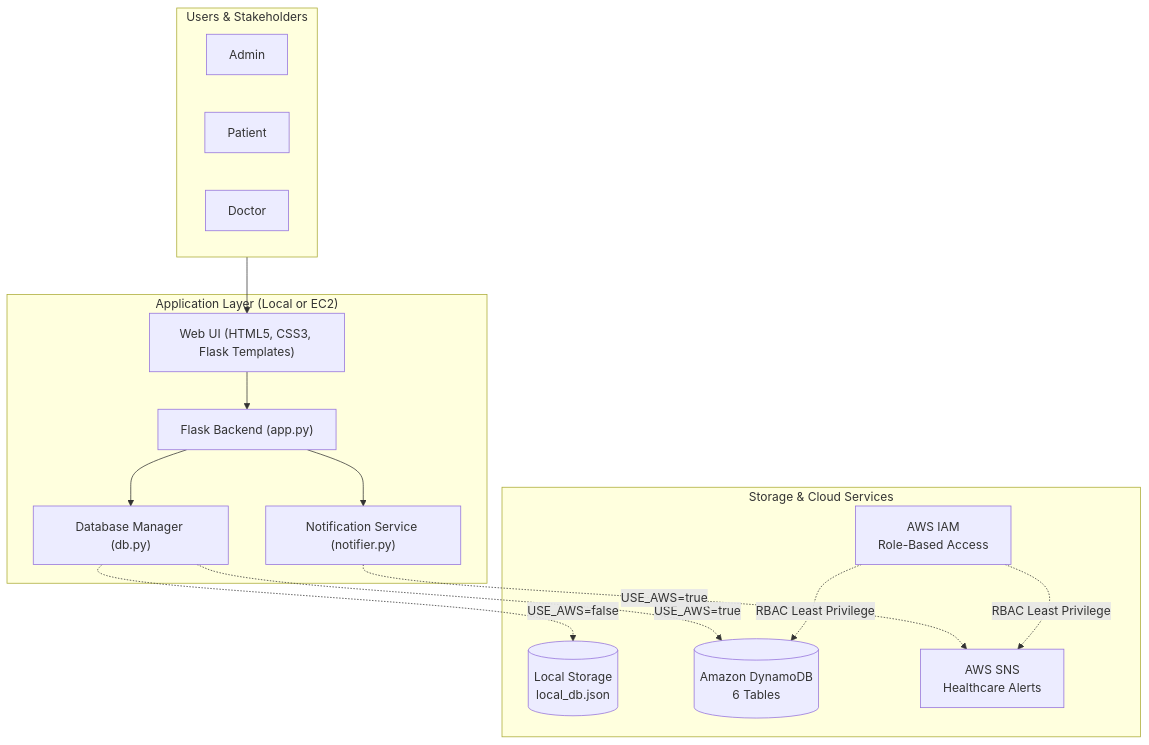
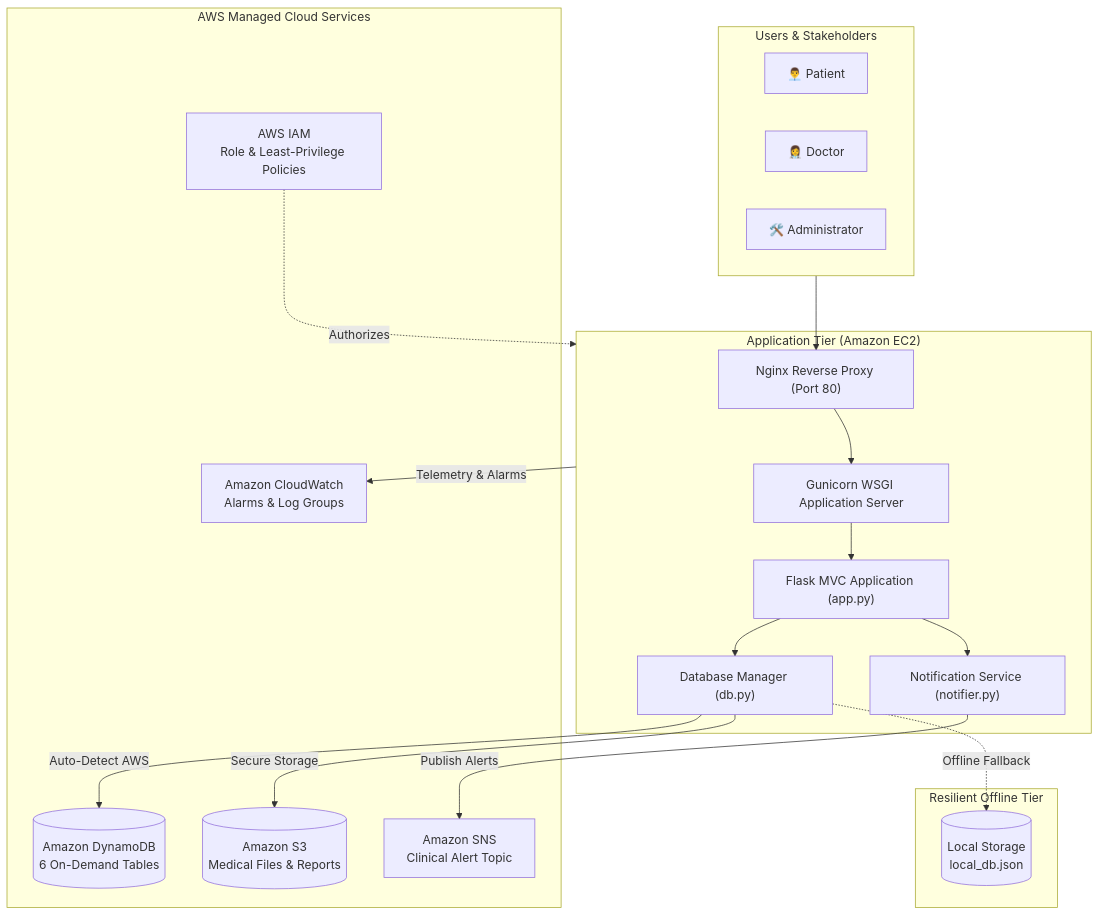
One commit to purva-yenpure/medtrack changed the first of 2 diagrams in README.md. Above: the diagram before and after it, drawn with Mermaid. The commit also changed other lines of this file, not shown here.

Commit message:
docs: modernize README with live EC2 deployment, demo video, and AWS architecture

````diff
--- a/README.md
+++ b/README.md
@@ -15,32 +43,42 @@
 ```mermaid
 flowchart TD
     subgraph Users["Users & Stakeholders"]
-        Admin["Admin"]
-        Patient["Patient"]
-        Doctor["Doctor"]
+        Patient["👨‍💼 Patient"]
+        Doctor["👩‍⚕️ Doctor"]
+        Admin["🛠️ Administrator"]
     end
 
-    subgraph AppLayer["Application Layer (Local or EC2)"]
-        UI["Web UI (HTML5, CSS3, Flask Templates)"]
-        Flask["Flask Backend (app.py)"]
+    subgraph Compute["Application Tier (Amazon EC2)"]
+        Nginx["Nginx Reverse Proxy (Port 80)"]
+        Gunicorn["Gunicorn WSGI Application Server"]
+        Flask["Flask MVC Application (app.py)"]
         DBMgr["Database Manager (db.py)"]
         Notif["Notification Service (notifier.py)"]
     end
 
-    subgraph DataCloud["Storage & Cloud Services"]
-        LocalDB[("Local Storage\nlocal_db.json")]
-        DynamoDB[("Amazon DynamoDB\n6 Tables")]
-        SNS["AWS SNS\nHealthcare Alerts"]
-        IAM["AWS IAM\nRole-Based Access"]
+    subgraph AWSCloud["AWS Managed Cloud Services"]
+        IAM["AWS IAM\nRole & Least-Privilege Policies"]
+        DynamoDB[("Amazon DynamoDB\n6 On-Demand Tables")]
+        S3[("Amazon S3\nMedical Files & Reports")]
+        SNS["Amazon SNS\nClinical Alert Topic"]
+        CW["Amazon CloudWatch\nAlarms & Log Groups"]
     end
 
-    Users --> UI
-    UI --> Flask
+    subgraph LocalFallback["Resilient Offline Tier"]
+        LocalDB[("Local Storage\nlocal_db.json")]
+    end
+
+    Users --> Nginx
+    Nginx --> Gunicorn
+    Gunicorn --> Flask
     Flask --> DBMgr
     Flask --> Notif
-    DBMgr -.->|USE_AWS=false| LocalDB
-    DBMgr -.->|USE_AWS=true| DynamoDB
-    Notif -.->|USE_AWS=true| SNS
-    IAM -.->|RBAC Least Privilege| DynamoDB
-    IAM -.->|RBAC Least Privilege| SNS
+
+    IAM -.->|Authorizes| Compute
+    DBMgr -->|Auto-Detect AWS| DynamoDB
+    DBMgr -->|Secure Storage| S3
+    Notif -->|Publish Alerts| SNS
+    Compute -->|Telemetry & Alarms| CW
+
+    DBMgr -.->|Offline Fallback| LocalDB
 ```
````
